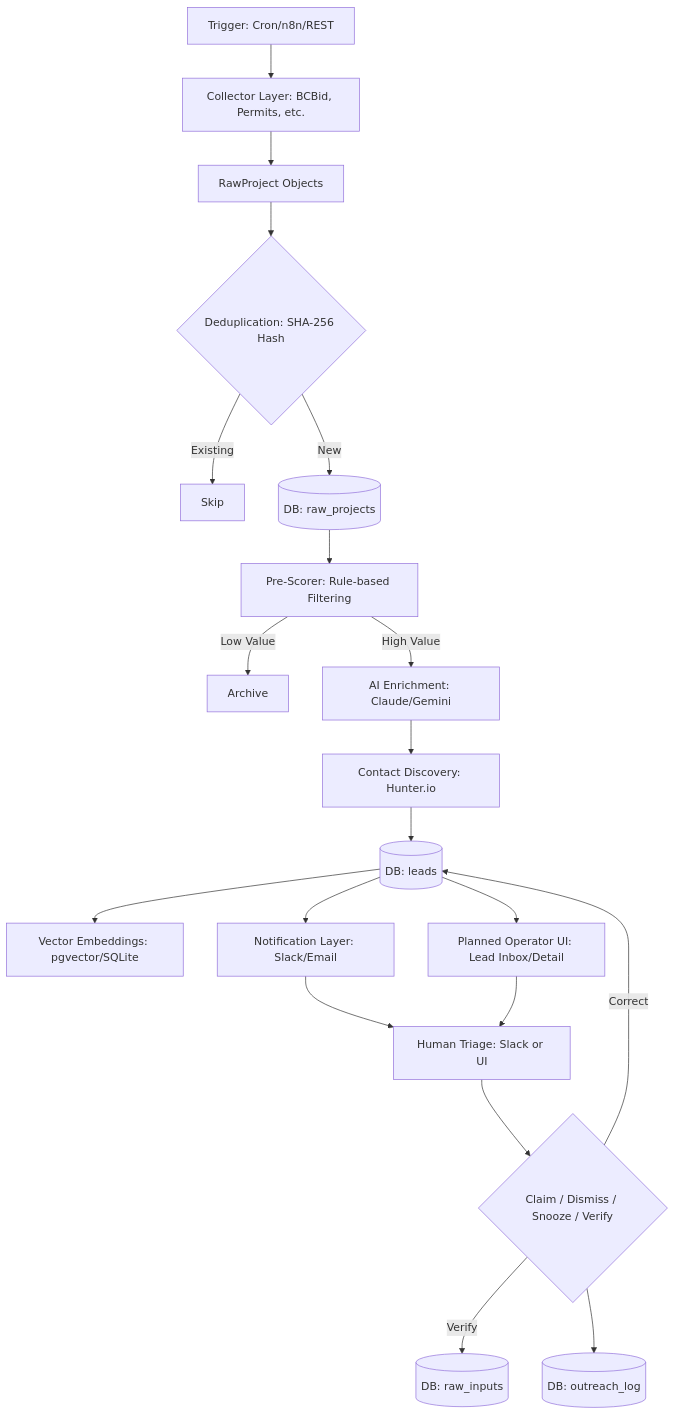
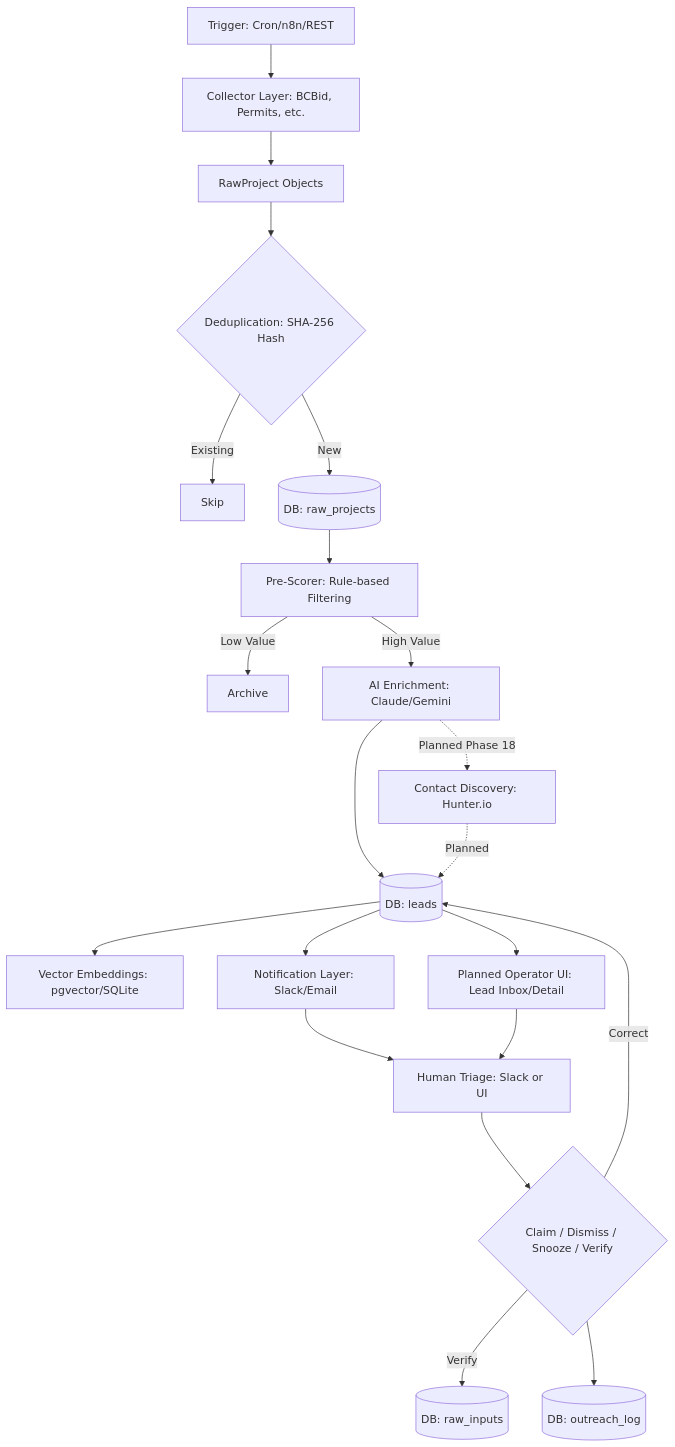
Before and after one commit to alvindcastro/groupscout-site: the first of 2 diagrams in backend/docs/DATA_FLOW.md, drawn with Mermaid. The commit also changed other lines of this file and 26 other files, not shown here.

````diff
--- a/backend/docs/DATA_FLOW.md
+++ b/backend/docs/DATA_FLOW.md
@@ -12,22 +12,23 @@
 ```mermaid
 graph TD
     Trigger[Trigger: Cron/n8n/REST] --> Collector[Collector Layer: BCBid, Permits, etc.]
     Collector --> Raw[RawProject Objects]
     Raw --> Dedup{Deduplication: SHA-256 Hash}
     Dedup -- Existing --> Skip[Skip]
     Dedup -- New --> RawStorage[(DB: raw_projects)]
     RawStorage --> PreScorer[Pre-Scorer: Rule-based Filtering]
     PreScorer -- Low Value --> Archive[Archive]
     PreScorer -- High Value --> Enrichment[AI Enrichment: Claude/Gemini]
-    Enrichment --> Hunter[Contact Discovery: Hunter.io]
-    Hunter --> LeadStore[(DB: leads)]
+    Enrichment --> LeadStore[(DB: leads)]
+    Enrichment -. Planned Phase 18 .-> Hunter[Contact Discovery: Hunter.io]
+    Hunter -. Planned .-> LeadStore
     LeadStore --> Embedding[Vector Embeddings: pgvector/SQLite]
     LeadStore --> Notifier[Notification Layer: Slack/Email]
     LeadStore --> AdminUI[Planned Operator UI: Lead Inbox/Detail]
     Notifier --> Triage[Human Triage: Slack or UI]
     AdminUI --> Triage
     Triage --> Decision{Claim / Dismiss / Snooze / Verify}
     Decision -- Verify --> RawAudit[(DB: raw_inputs)]
     Decision -- Correct --> LeadStore
     Decision --> OutreachLog[(DB: outreach_log)]
 ```
````
